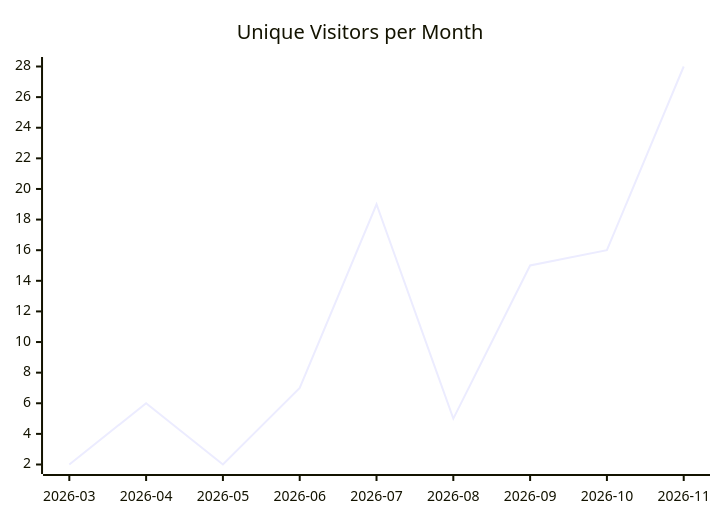
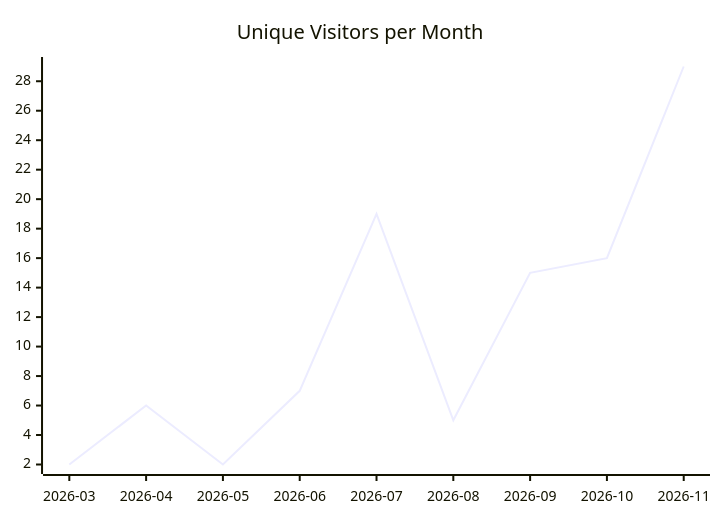
One commit to justdavis-family/github-analytics-data changed the first of 3 diagrams in karlmdavis/fhir-benchmarks/README.md. Above: the diagram before and after it, drawn with Mermaid. The commit also changed other lines of this file and 194 other files, not shown here.

````diff
--- a/karlmdavis/fhir-benchmarks/README.md
+++ b/karlmdavis/fhir-benchmarks/README.md
@@ -5,6 +5,6 @@
 ```mermaid
 xychart-beta
   title "Unique Visitors per Month"
   x-axis ["2026-03", "2026-04", "2026-05", "2026-06", "2026-07", "2026-08", "2026-09", "2026-10", "2026-11"]
-  line [2, 6, 2, 7, 19, 5, 15, 16, 28]
+  line [2, 6, 2, 7, 19, 5, 15, 16, 29]
 ```
````
